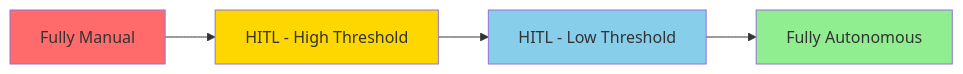
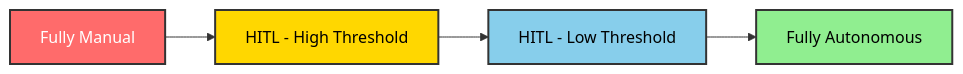
One commit to quarkusio/quarkus-workshop-langchain4j changed the sixth of 6 diagrams in docs/docs/section-2/step-05.md. Above: the diagram before and after it, drawn with Mermaid. The commit also changed other lines of this file and 6 other files, not shown here.

Commit message:
update docs for better flow, and fix diagrams (#301)

````diff
--- a/docs/docs/section-2/step-05.md
+++ b/docs/docs/section-2/step-05.md
@@ -535,11 +464,11 @@
 ```mermaid
 graph LR
-    A[Fully Manual] --> B[HITL - High Threshold]
-    B --> C[HITL - Low Threshold]
-    C --> D[Fully Autonomous]
+    A["Fully Manual"] --> B["HITL - High Threshold"]
+    B --> C["HITL - Low Threshold"]
+    C --> D["Fully Autonomous"]
 
-    style A fill:#FF6B6B
-    style B fill:#FFD700
-    style C fill:#87CEEB
-    style D fill:#90EE90
+    style A fill:#FF6B6B,stroke:#333,stroke-width:2,color:#fff
+    style B fill:#FFD700,stroke:#333,stroke-width:2,color:#000
+    style C fill:#87CEEB,stroke:#333,stroke-width:2,color:#000
+    style D fill:#90EE90,stroke:#333,stroke-width:2,color:#000
 ```
````
